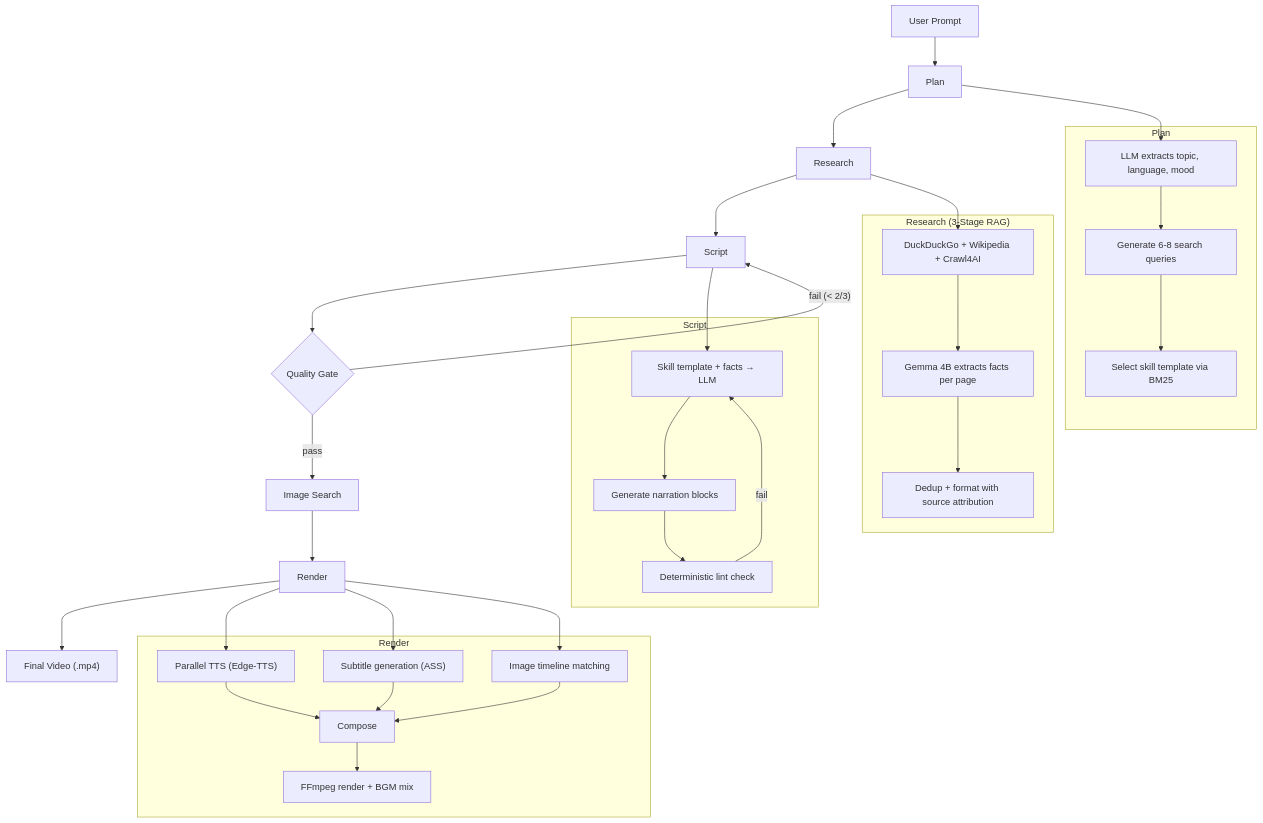
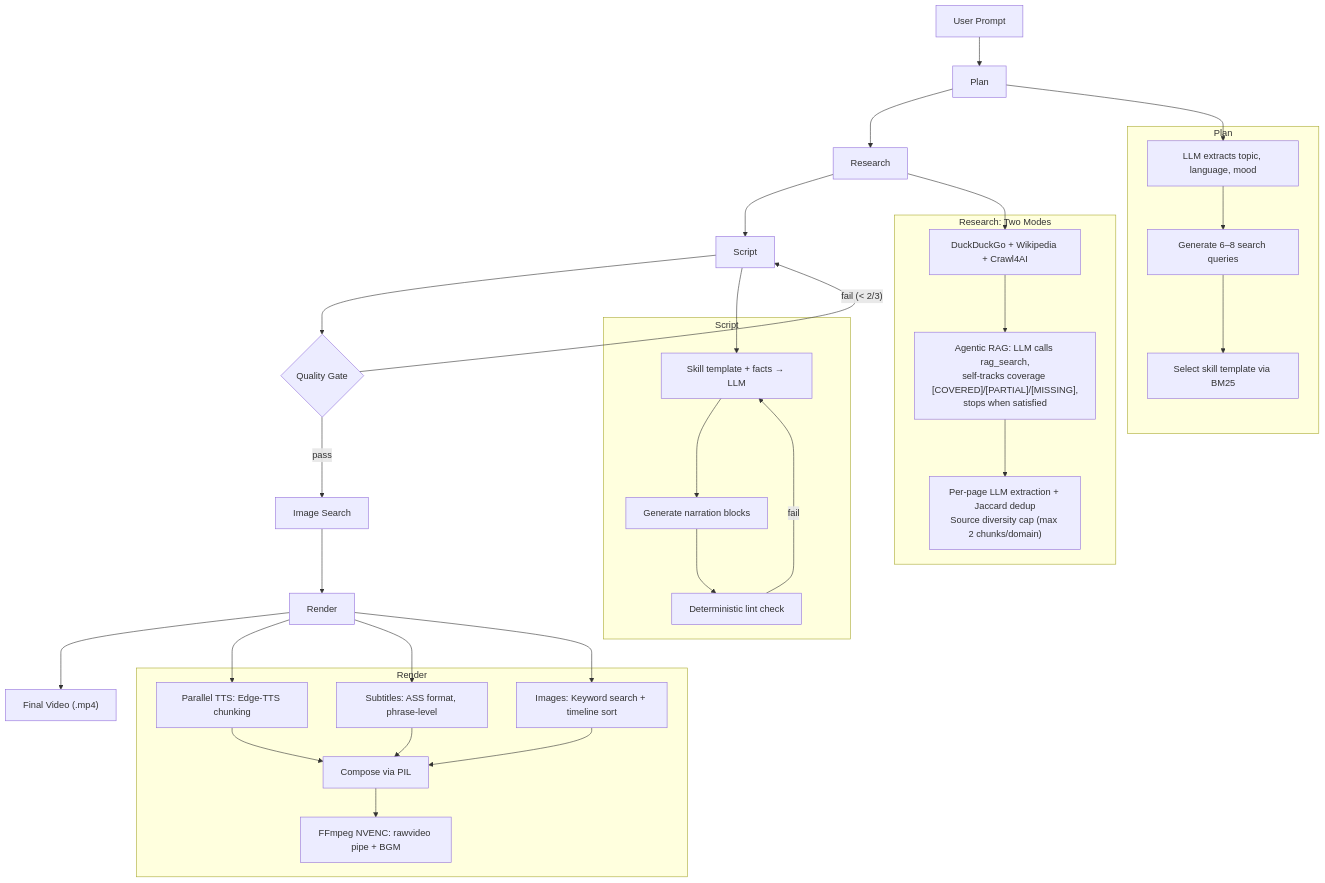
Before and after one commit to Matcry12/Video-Maker: the diagram in README.md, drawn with Mermaid. The commit also changed other lines of this file, not shown here.

````diff
--- a/README.md
+++ b/README.md
@@ -12,40 +24,40 @@
 ```mermaid
 flowchart TD
     A["User Prompt"] --> B["Plan"]
     B --> C["Research"]
     C --> D["Script"]
     D --> E{"Quality Gate"}
     E -- "fail (< 2/3)" --> D
     E -- "pass" --> F["Image Search"]
     F --> G["Render"]
     G --> H["Final Video (.mp4)"]
 
     subgraph Plan
-        B1["LLM extracts topic, language, mood"] --> B2["Generate 6-8 search queries"]
+        B1["LLM extracts topic, language, mood"] --> B2["Generate 6–8 search queries"]
         B2 --> B3["Select skill template via BM25"]
     end
     B --> B1
 
-    subgraph Research ["Research (3-Stage RAG)"]
-        C1["DuckDuckGo + Wikipedia + Crawl4AI"] --> C2["Gemma 4B extracts facts per page"]
-        C2 --> C3["Dedup + format with source attribution"]
+    subgraph Research ["Research: Two Modes"]
+        C1["DuckDuckGo + Wikipedia + Crawl4AI"] --> C2["Agentic RAG: LLM calls rag_search,\nself-tracks coverage [COVERED]/[PARTIAL]/[MISSING],\nstops when satisfied"]
+        C2 --> C3["Per-page LLM extraction + Jaccard dedup\nSource diversity cap (max 2 chunks/domain)"]
     end
     C --> C1
 
     subgraph Script
         D1["Skill template + facts → LLM"] --> D2["Generate narration blocks"]
         D2 --> D3["Deterministic lint check"]
         D3 -- "fail" --> D1
     end
     D --> D1
 
     subgraph Render
-        G1["Parallel TTS (Edge-TTS)"] --> G4["Compose"]
-        G2["Subtitle generation (ASS)"] --> G4
-        G3["Image timeline matching"] --> G4
-        G4 --> G5["FFmpeg render + BGM mix"]
+        G1["Parallel TTS: Edge-TTS chunking"] --> G4["Compose via PIL"]
+        G2["Subtitles: ASS format, phrase-level"] --> G4
+        G3["Images: Keyword search + timeline sort"] --> G4
+        G4 --> G5["FFmpeg NVENC: rawvideo pipe + BGM"]
     end
     G --> G1
     G --> G2
     G --> G3
 ```
````
